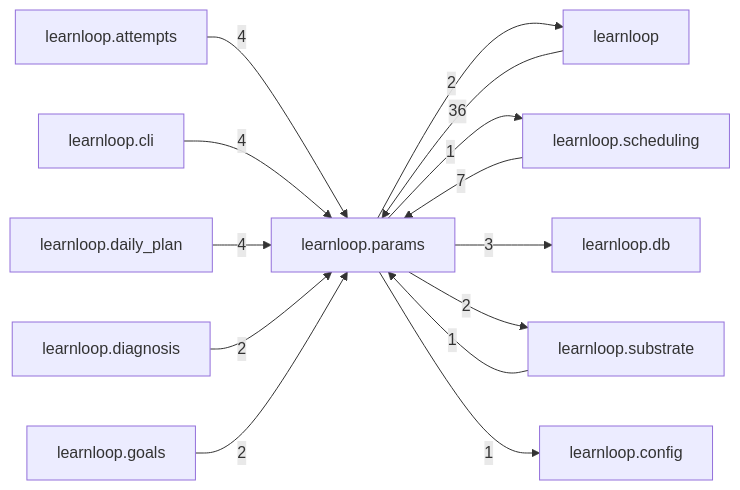
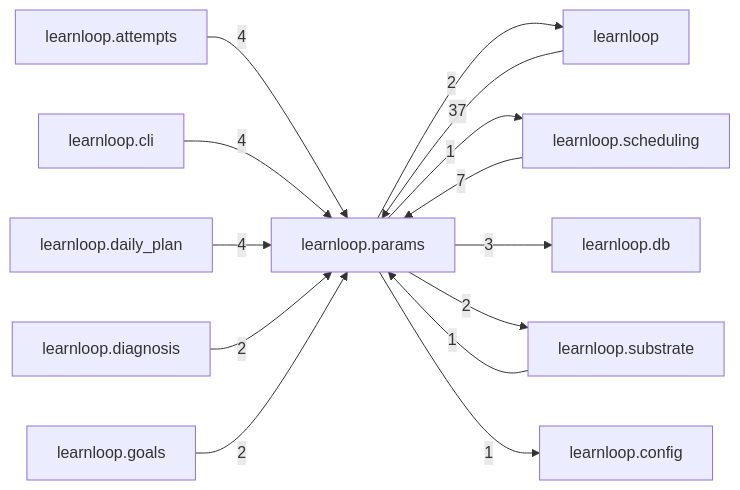
One commit to 6up-b/learnanything changed the diagram in docs/learnloop-architecture-vault/Reference/Modules/learnloop/params/_package.md. Above: the diagram before and after it, drawn with Mermaid. The commit also changed other lines of this file and 532 other files, not shown here.

````diff
--- a/docs/learnloop-architecture-vault/Reference/Modules/learnloop/params/_package.md
+++ b/docs/learnloop-architecture-vault/Reference/Modules/learnloop/params/_package.md
@@ -90,27 +90,27 @@
 ```mermaid
 flowchart LR
     center["learnloop.params"]
     n_learnloop["learnloop"]
     n_learnloop_scheduling["learnloop.scheduling"]
     n_learnloop_attempts["learnloop.attempts"]
     n_learnloop_cli["learnloop.cli"]
     n_learnloop_daily_plan["learnloop.daily_plan"]
     n_learnloop_db["learnloop.db"]
     n_learnloop_substrate["learnloop.substrate"]
     n_learnloop_diagnosis["learnloop.diagnosis"]
     n_learnloop_goals["learnloop.goals"]
     n_learnloop_config["learnloop.config"]
-    n_learnloop -->|36| center
+    n_learnloop -->|37| center
     center -->|2| n_learnloop
     n_learnloop_scheduling -->|7| center
     center -->|1| n_learnloop_scheduling
     n_learnloop_attempts -->|4| center
     n_learnloop_cli -->|4| center
     n_learnloop_daily_plan -->|4| center
     center -->|3| n_learnloop_db
     n_learnloop_substrate -->|1| center
     center -->|2| n_learnloop_substrate
     n_learnloop_diagnosis -->|2| center
     n_learnloop_goals -->|2| center
     center -->|1| n_learnloop_config
 ```
````
